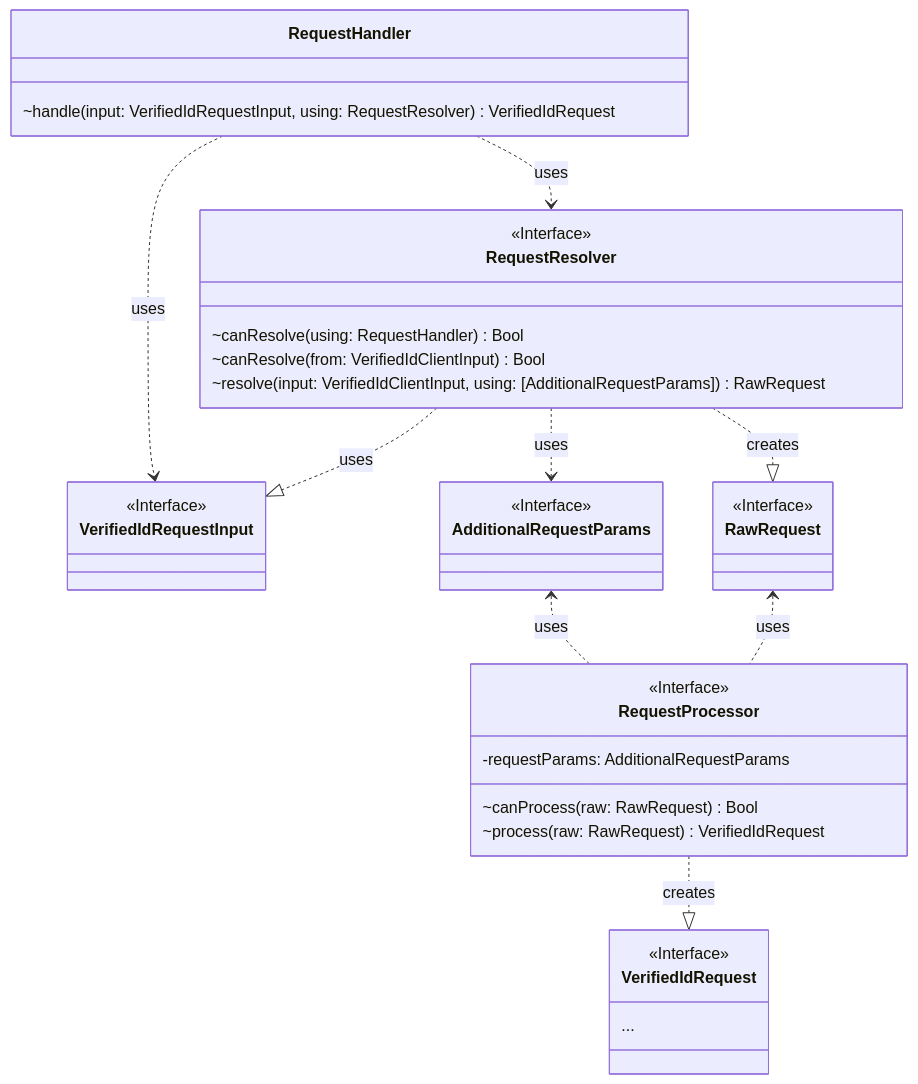
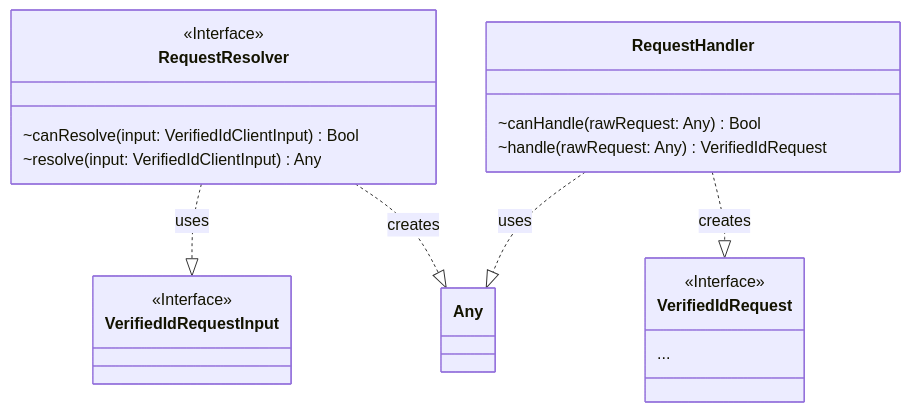
Before and after one commit to microsoft/entra-verifiedid-wallet-library-ios: the first of 2 diagrams in Docs/InternalArchitecture.md, drawn with Mermaid. The commit also changed other lines of this file, not shown here.

````diff
--- a/Docs/InternalArchitecture.md
+++ b/Docs/InternalArchitecture.md
@@ -5,33 +5,21 @@
 ```mermaid
 classDiagram
-RequestHandler ..> VerifiedIdRequestInput: uses
-RequestResolver ..> AdditionalRequestParams: uses
-RequestResolver ..|> RawRequest: creates
 RequestResolver ..|> VerifiedIdRequestInput: uses
-RequestHandler ..> RequestResolver: uses
-RequestProcessor ..|> VerifiedIdRequest: creates
-AdditionalRequestParams <.. RequestProcessor: uses
-RawRequest <.. RequestProcessor: uses
+RequestResolver ..|> Any: creates
+RequestHandler ..|> Any: uses
+RequestHandler ..|> VerifiedIdRequest: creates
 <<Interface>> RequestResolver
 class RequestResolver {
-    ~canResolve(using: RequestHandler) Bool
-    ~canResolve(from: VerifiedIdClientInput) Bool
-    ~resolve(input: VerifiedIdClientInput, using: [AdditionalRequestParams]) RawRequest
+    ~canResolve(input: VerifiedIdClientInput) Bool
+    ~resolve(input: VerifiedIdClientInput) Any
 }
 class RequestHandler{
-    ~handle(input: VerifiedIdRequestInput, using: RequestResolver) VerifiedIdRequest
+    ~canHandle(rawRequest: Any) Bool
+    ~handle(rawRequest: Any) VerifiedIdRequest
 }
 <<Interface>> VerifiedIdRequestInput
-<<Interface>> RequestProcessor
-class RequestProcessor {
-    -requestParams: AdditionalRequestParams
-    ~canProcess(raw: RawRequest) Bool
-    ~process(raw: RawRequest) VerifiedIdRequest
-}
-<<Interface>> AdditionalRequestParams
-<<Interface>> RawRequest
 <<Interface>> VerifiedIdRequest
 class VerifiedIdRequest {
     ...
 }
 ```
````
